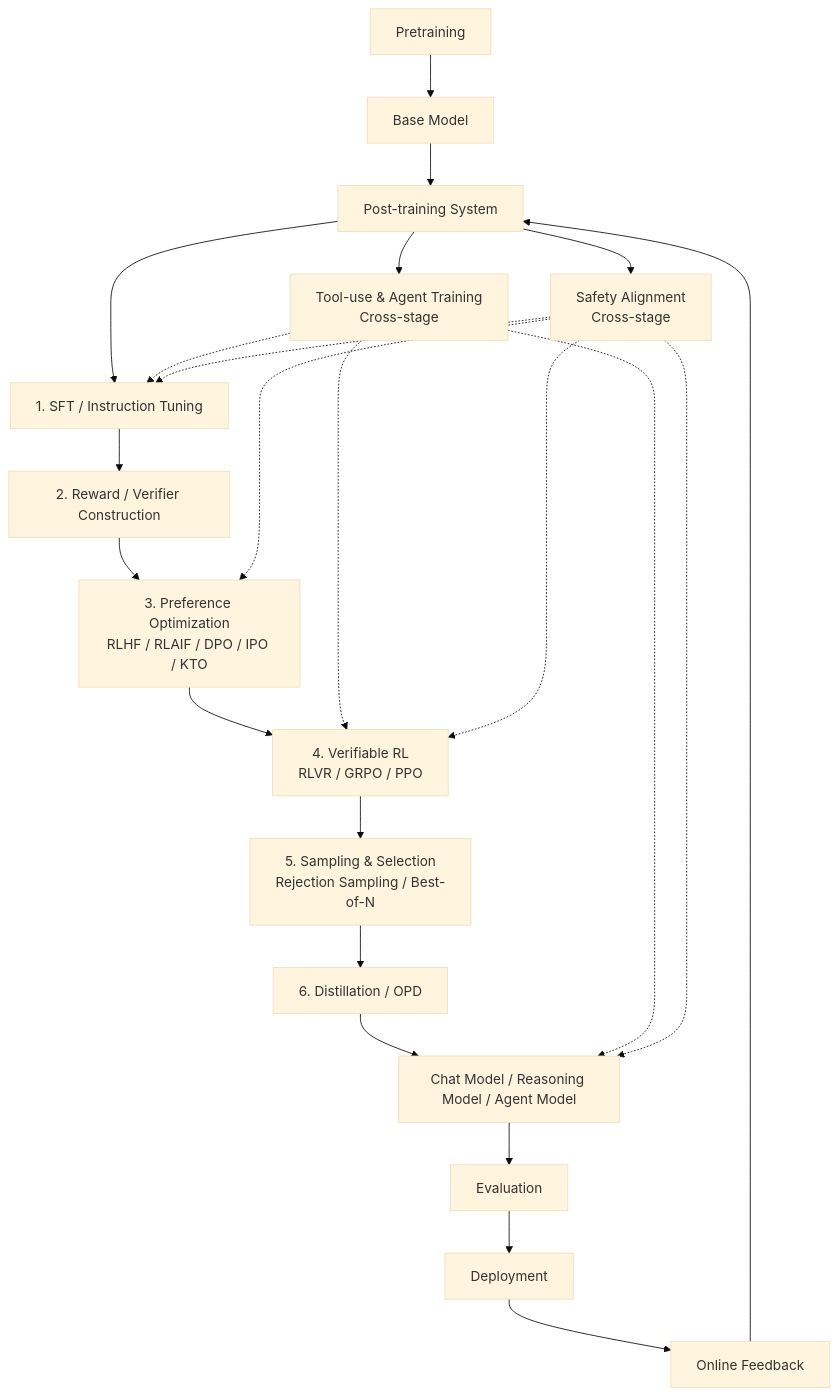
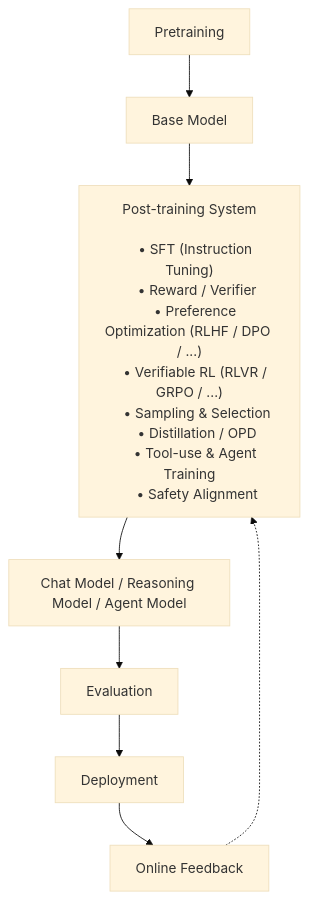
The diagram in references/01_pipeline/01g_post_training.md (7Hu0v0/lets_build_an_llm), drawn with Mermaid (base theme) before and after one commit. The commit also changed other lines of this file, not shown here.

Commit message:
Refactor post-training flowchart for clarity

````diff
--- a/references/01_pipeline/01g_post_training.md
+++ b/references/01_pipeline/01g_post_training.md
@@ -71,29 +71,23 @@
 ```mermaid
 flowchart TD
     A[Pretraining] --> B[Base Model]
-    B --> C[Post-training System]
 
-    C --> S1[1. SFT / Instruction Tuning]
-    S1 --> S2[2. Reward / Verifier Construction]
-    S2 --> S3[3. Preference Optimization<br/>RLHF / RLAIF / DPO / IPO / KTO]
-    S3 --> S4[4. Verifiable RL<br/>RLVR / GRPO / PPO]
-    S4 --> S5[5. Sampling & Selection<br/>Rejection Sampling / Best-of-N]
-    S5 --> S6[6. Distillation / OPD]
-    S6 --> D[Chat Model / Reasoning Model / Agent Model]
+    B --> C["Post-training System
 
-    C --> T[Tool-use & Agent Training<br/>Cross-stage]
-    T -.-> S1
-    T -.-> S4
-    T -.-> D
+    • SFT (Instruction Tuning)
+    • Reward / Verifier
+    • Preference Optimization (RLHF / DPO / ...)
+    • Verifiable RL (RLVR / GRPO / ...)
+    • Sampling & Selection
+    • Distillation / OPD
+    • Tool-use & Agent Training
+    • Safety Alignment"]
 
-    C --> SAFE[Safety Alignment<br/>Cross-stage]
-    SAFE -.-> S1
-    SAFE -.-> S3
-    SAFE -.-> S4
-    SAFE -.-> D
+    C --> D[Chat Model / Reasoning Model / Agent Model]
 
     D --> E[Evaluation]
     E --> F[Deployment]
     F --> G[Online Feedback]
-    G --> C
+
+    G -.-> C
 ```
````
